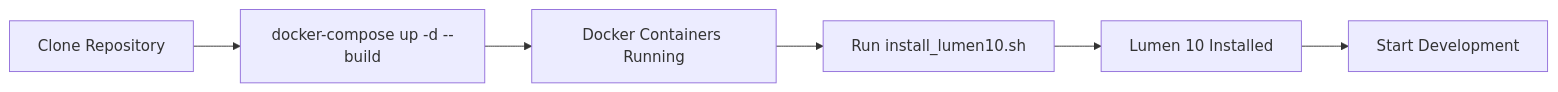
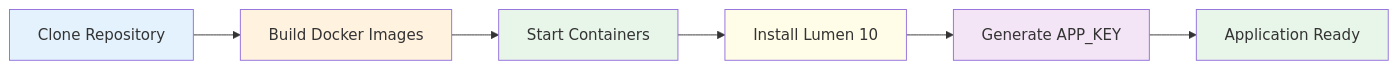
The sixth of 8 diagrams in readme.md (ariefefendi/Docker-PHP-Starter-Kit-for-Lumen-10), drawn with Mermaid before and after one commit.

````diff
--- a/readme.md
+++ b/readme.md
@@ -133,16 +133,23 @@
 ```mermaid
 flowchart LR
 
     A["Clone Repository"]
-    B["docker-compose up -d --build"]
-    C["Docker Containers Running"]
-    D["Run install_lumen10.sh"]
-    E["Lumen 10 Installed"]
-    F["Start Development"]
+    B["Build Docker Images"]
+    C["Start Containers"]
+    D["Install Lumen 10"]
+    E["Generate APP_KEY"]
+    F["Application Ready"]
 
     A --> B
     B --> C
     C --> D
     D --> E
     E --> F
+
+    style A fill:#E3F2FD
+    style B fill:#FFF3E0
+    style C fill:#E8F5E9
+    style D fill:#FFFDE7
+    style E fill:#F3E5F5
+    style F fill:#E8F5E9
 ```
````
